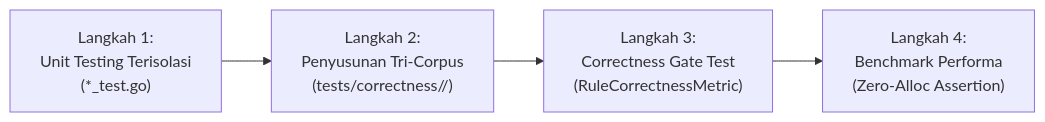
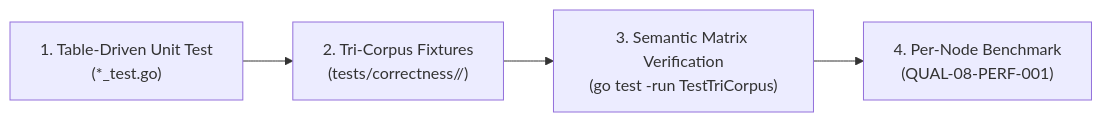
Before and after one commit to will2469/charites: the diagram in docs/03-testing/08-expansion.md, drawn with Mermaid. The commit also changed other lines of this file and 4 other files, not shown here.

Commit message:
docs(expansion): calibrate Phase 8 Rule Authoring Contract, case matrix, metadata SSOT, and prerequisite chain

````diff
--- a/docs/03-testing/08-expansion.md
+++ b/docs/03-testing/08-expansion.md
@@ -16,6 +58,6 @@
 ```mermaid
 flowchart LR
-    Step1["Langkah 1:\nUnit Testing Terisolasi\n(*_test.go)"] --> Step2["Langkah 2:\nPenyusunan Tri-Corpus\n(tests/correctness/<rule>/)"]
-    Step2 --> Step3["Langkah 3:\nCorrectness Gate Test\n(RuleCorrectnessMetric)"]
-    Step3 --> Step4["Langkah 4:\nBenchmark Performa\n(Zero-Alloc Assertion)"]
+    Step1["1. Table-Driven Unit Test\n(*_test.go)"] --> Step2["2. Tri-Corpus Fixtures\n(tests/correctness/<rule>/)"]
+    Step2 --> Step3["3. Semantic Matrix Verification\n(go test -run TestTriCorpus)"]
+    Step3 --> Step4["4. Per-Node Benchmark\n(QUAL-08-PERF-001)"]
 ```
````
